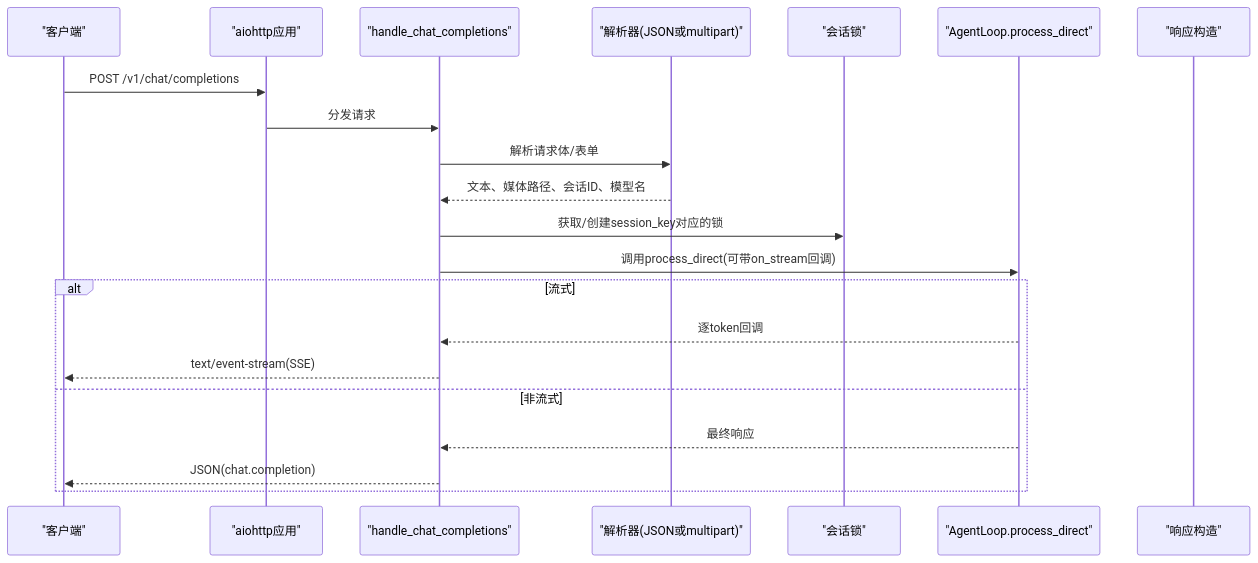
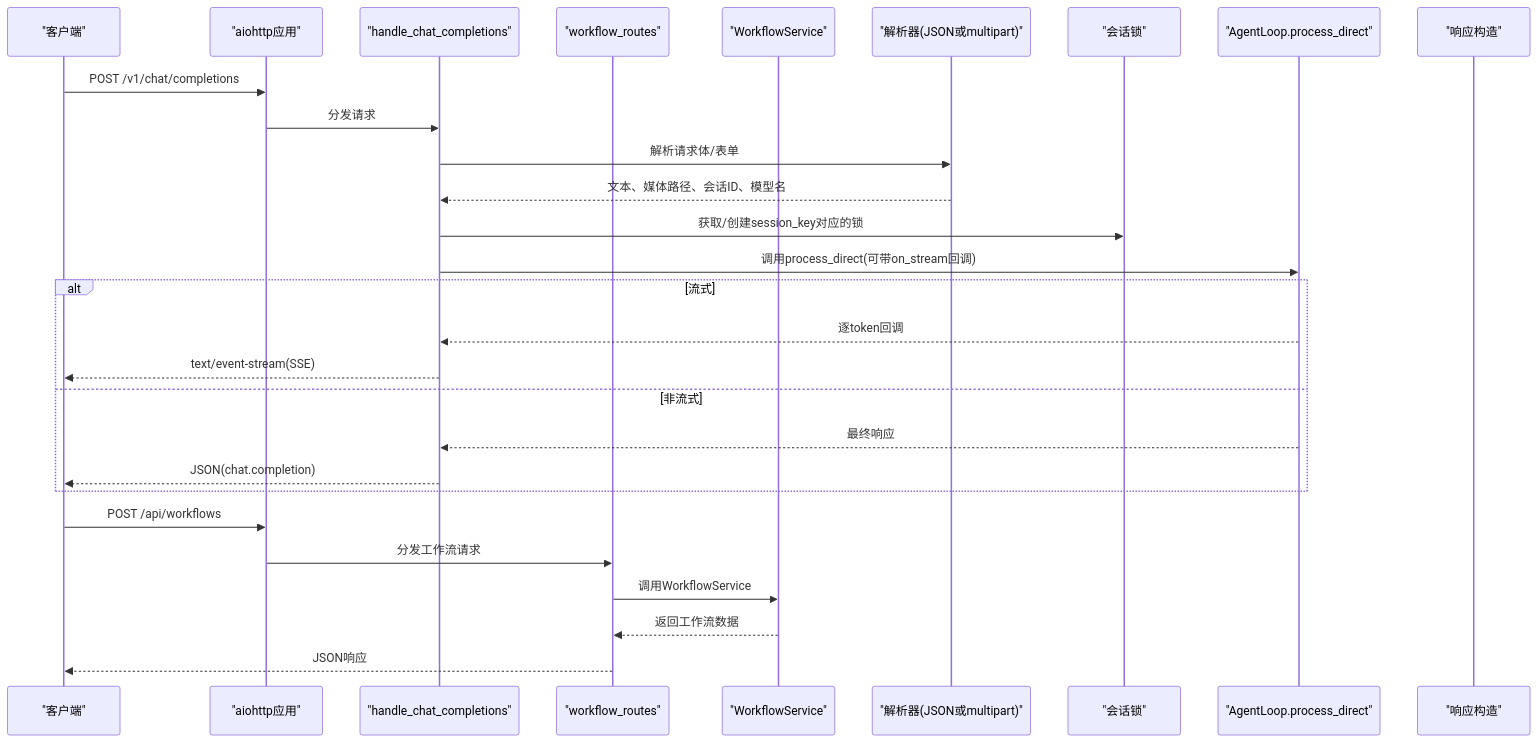
One commit to gongzeq/VAPT3 changed the second of 3 diagrams in .qoder/repowiki/zh/content/API服务设计/REST API端点.md. Above: the diagram before and after it, drawn with Mermaid. The commit also changed other lines of this file and 33 other files, not shown here.

````diff
--- a/.qoder/repowiki/zh/content/API服务设计/REST API端点.md
+++ b/.qoder/repowiki/zh/content/API服务设计/REST API端点.md
@@ -94,23 +147,30 @@
 ```mermaid
 sequenceDiagram
 participant C as "客户端"
 participant A as "aiohttp应用"
 participant H as "handle_chat_completions"
+participant WR as "workflow_routes"
+participant WS as "WorkflowService"
 participant P as "解析器(JSON或multipart)"
 participant S as "会话锁"
 participant L as "AgentLoop.process_direct"
 participant R as "响应构造"
 C->>A : POST /v1/chat/completions
 A->>H : 分发请求
 H->>P : 解析请求体/表单
 P-->>H : 文本、媒体路径、会话ID、模型名
 H->>S : 获取/创建session_key对应的锁
 H->>L : 调用process_direct(可带on_stream回调)
 alt 流式
 L-->>H : 逐token回调
 H-->>C : text/event-stream(SSE)
 else 非流式
 L-->>H : 最终响应
 H-->>C : JSON(chat.completion)
 end
+C->>A : POST /api/workflows
+A->>WR : 分发工作流请求
+WR->>WS : 调用WorkflowService
+WS-->>WR : 返回工作流数据
+WR-->>C : JSON响应
 ```
````
